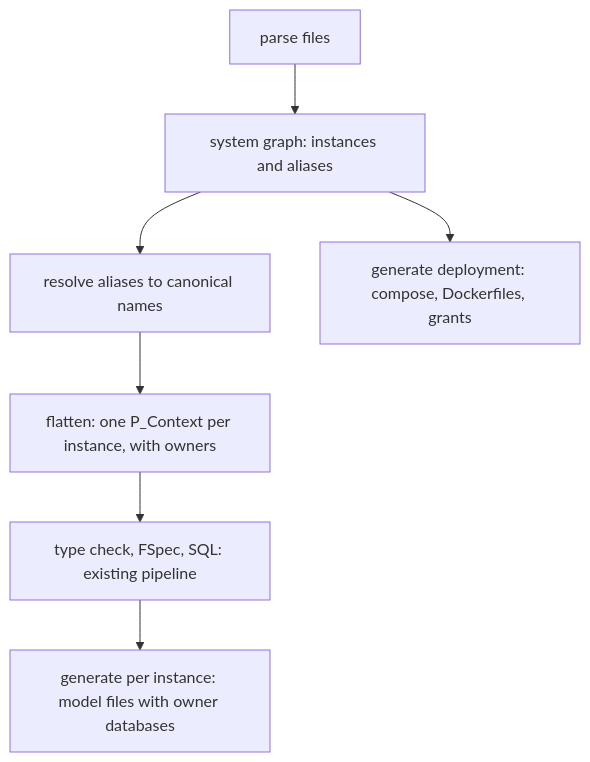
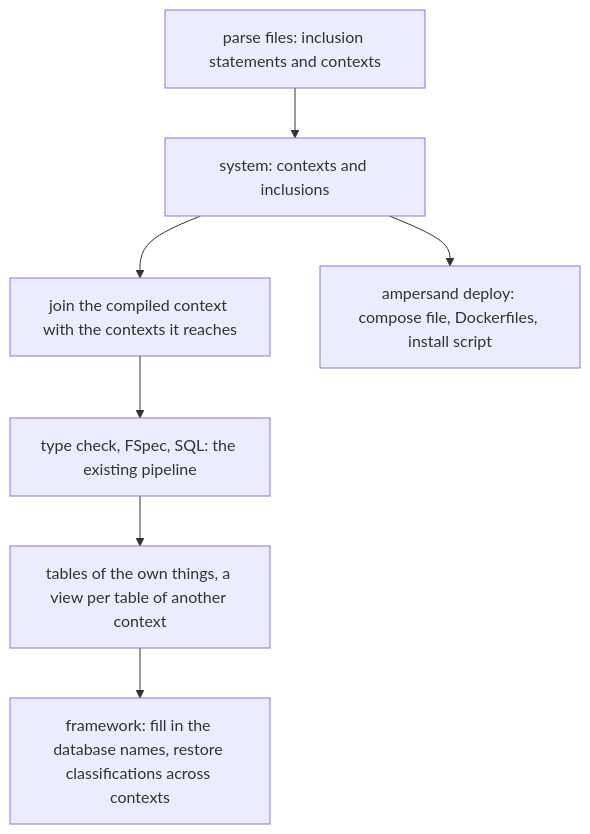
Before and after one commit to AmpersandTarski/Ampersand: the diagram in memorybank/multi-context/plan.md, drawn with Mermaid. The commit also changed other lines of this file and 12 other files, not shown here.

First line of the commit message:
Document systems of contexts and warn for an inclusion that nothing refers to

````diff
--- a/memorybank/multi-context/plan.md
+++ b/memorybank/multi-context/plan.md
@@ -258,9 +24,9 @@
 ```mermaid
 flowchart TD
-    A[parse files] --> B[system graph: instances and aliases]
-    B --> C[resolve aliases to canonical names]
-    C --> D[flatten: one P_Context per instance, with owners]
-    D --> E[type check, FSpec, SQL: existing pipeline]
-    E --> F[generate per instance: model files with owner databases]
-    B --> G[generate deployment: compose, Dockerfiles, grants]
+    A[parse files: inclusion statements and contexts] --> B[system: contexts and inclusions]
+    B --> C[join the compiled context with the contexts it reaches]
+    C --> D[type check, FSpec, SQL: the existing pipeline]
+    D --> E[tables of the own things, a view per table of another context]
+    B --> F[ampersand deploy: compose file, Dockerfiles, install script]
+    E --> G[framework: fill in the database names, restore classifications across contexts]
 ```
````
